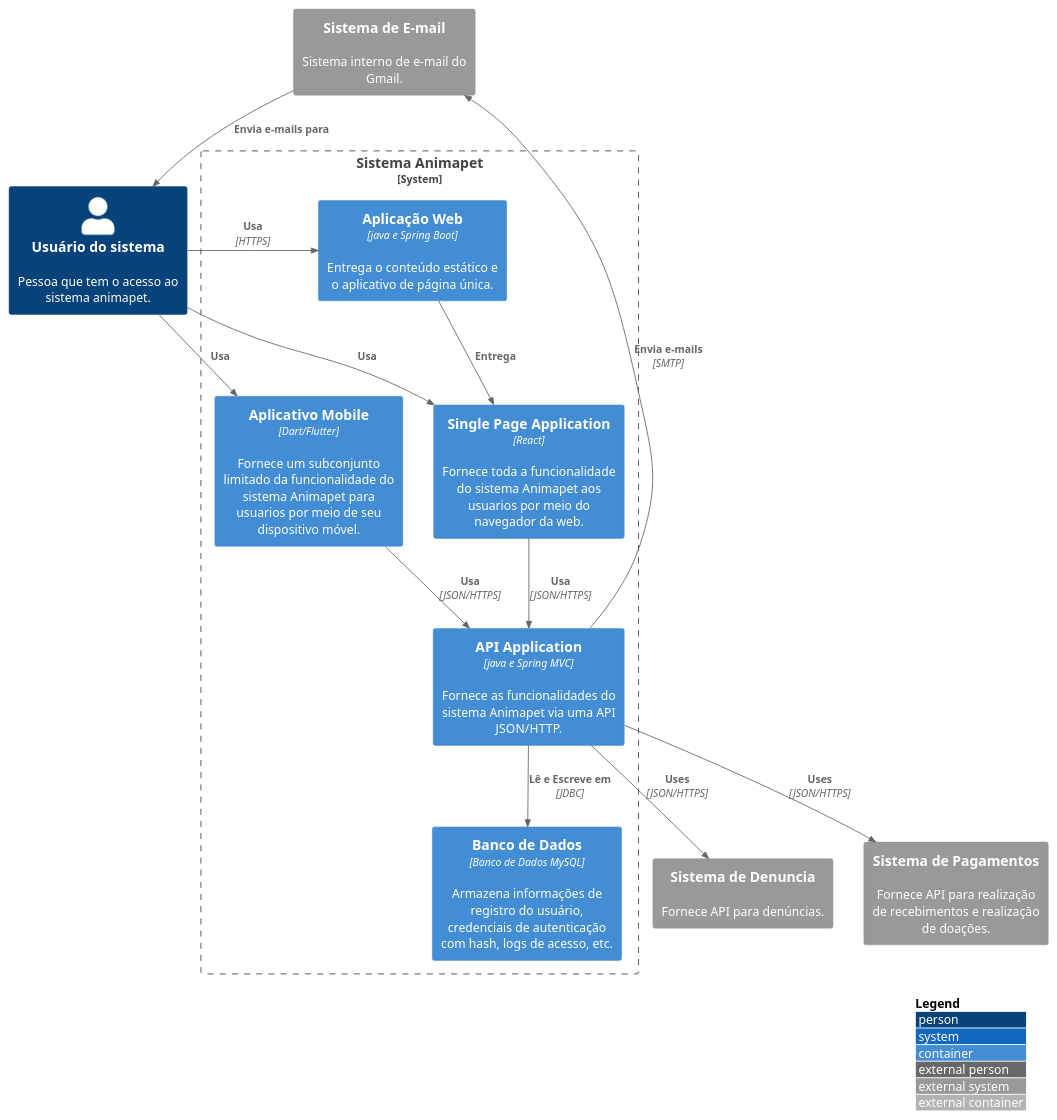
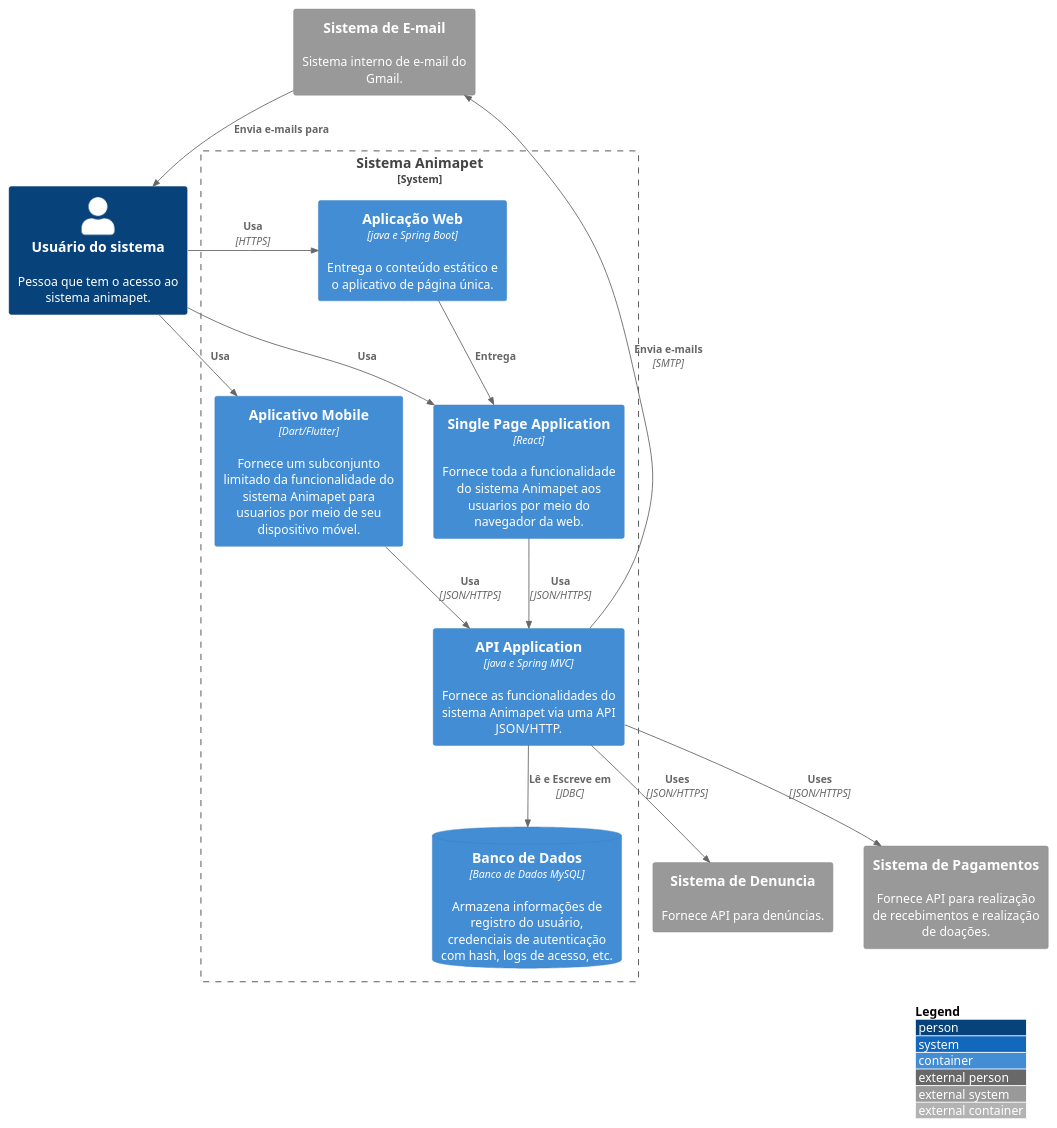
Before and after one commit to andrelquiosi/ANIMAPET: the diagram in src/Sistema animapet/sistema.puml, drawn with PlantUML. The commit also changed 1 other file, not shown here.

Commit message:
modified:   src/Sistema animapet/Database/container.puml modified:   src/Sistema animapet/sistema.puml

```diff
--- a/src/Sistema animapet/sistema.puml
+++ b/src/Sistema animapet/sistema.puml
@@ -1,33 +1,33 @@
 @startuml
 !include https://raw.githubusercontent.com/adrianvlupu/C4-PlantUML/latest/C4_Container.puml
 
 LAYOUT_WITH_LEGEND()
 
 Person(pessoa, "Usuário do sistema", "Pessoa que tem o acesso ao sistema animapet.")
 
 System_Ext(es, "Sistema de E-mail", "Sistema interno de e-mail do Gmail.")
 System_Ext(spo, "Sistema de Denuncia", "Fornece API para denúncias.")
 System_Ext(pix, "Sistema de Pagamentos", "Fornece API para realização de recebimentos e realização de doações.")
 
 System_Boundary(ibs, "Sistema Animapet") {
 
     Container(wa, "Aplicação Web", "java e Spring Boot", "Entrega o conteúdo estático e o aplicativo de página única.")
     Container(spa, "Single Page Application", "React", "Fornece toda a funcionalidade do sistema Animapet aos usuarios por meio do navegador da web.")
     Container(ma, "Aplicativo Mobile", "Dart/Flutter", "Fornece um subconjunto limitado da funcionalidade do sistema Animapet para usuarios por meio de seu dispositivo móvel.")
-    Container(db, "Banco de Dados", "Banco de Dados MySQL", "Armazena informações de registro do usuário, credenciais de autenticação com hash, logs de acesso, etc.")
+    ContainerDb(db, "Banco de Dados", "Banco de Dados MySQL", "Armazena informações de registro do usuário, credenciais de autenticação com hash, logs de acesso, etc.")
     Container(api, "API Application", "java e Spring MVC", "Fornece as funcionalidades do sistema Animapet via uma API JSON/HTTP.")
 
     Rel(api, es, "Envia e-mails", "SMTP")
     Rel(api, spo, "Uses", "JSON/HTTPS")
     Rel(api, pix, "Uses", "JSON/HTTPS")
     Rel(api, db, "Lê e Escreve em", "JDBC")
     Rel(wa, spa, "Entrega")
     Rel(spa, api, "Usa", "JSON/HTTPS")
     Rel(ma, api, "Usa", "JSON/HTTPS")
 }
 
 Rel(pessoa, wa, "Usa", "HTTPS")
 Rel(pessoa, spa, "Usa")
 Rel(pessoa, ma, "Usa")
 Rel(es, pessoa, "Envia e-mails para")
 @enduml
```
